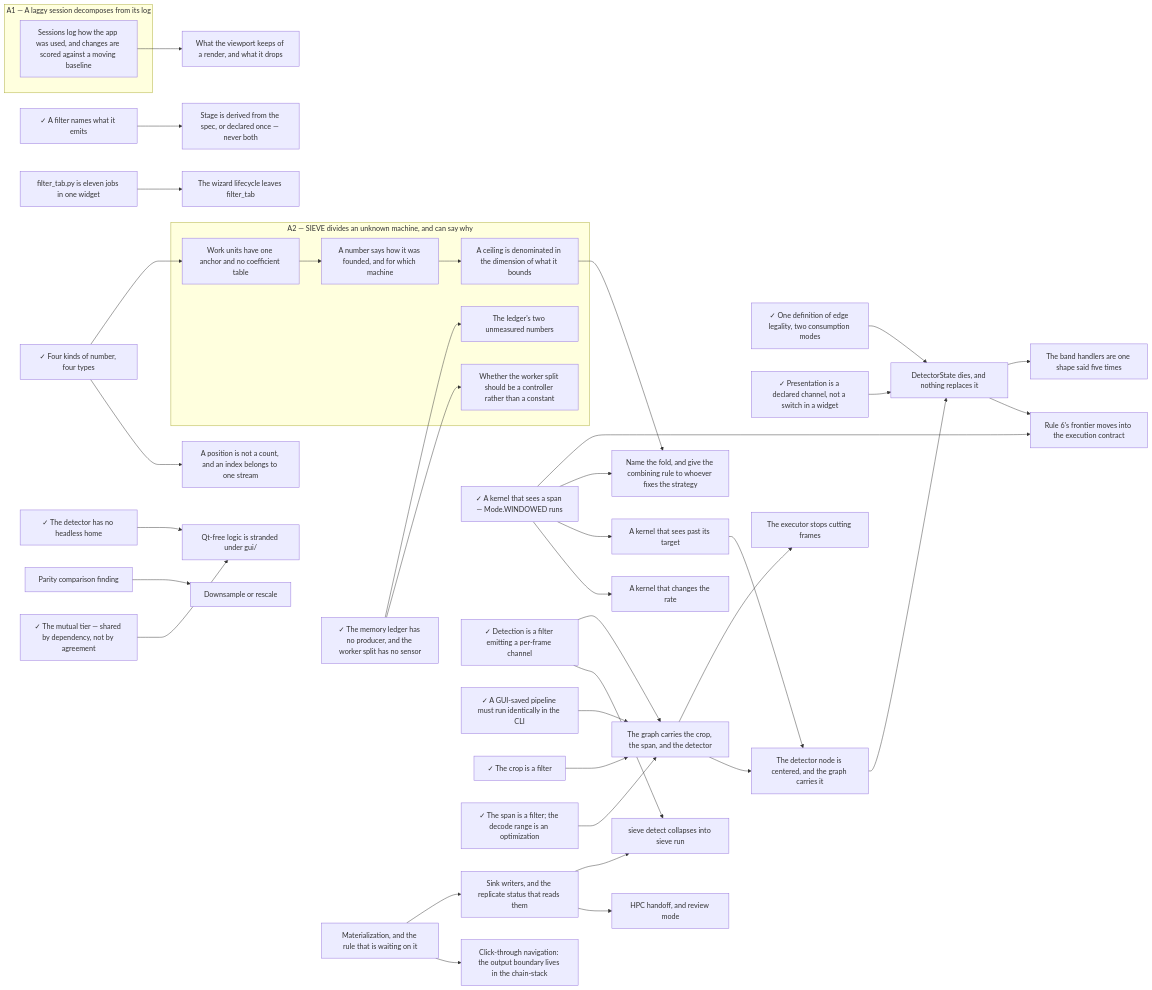
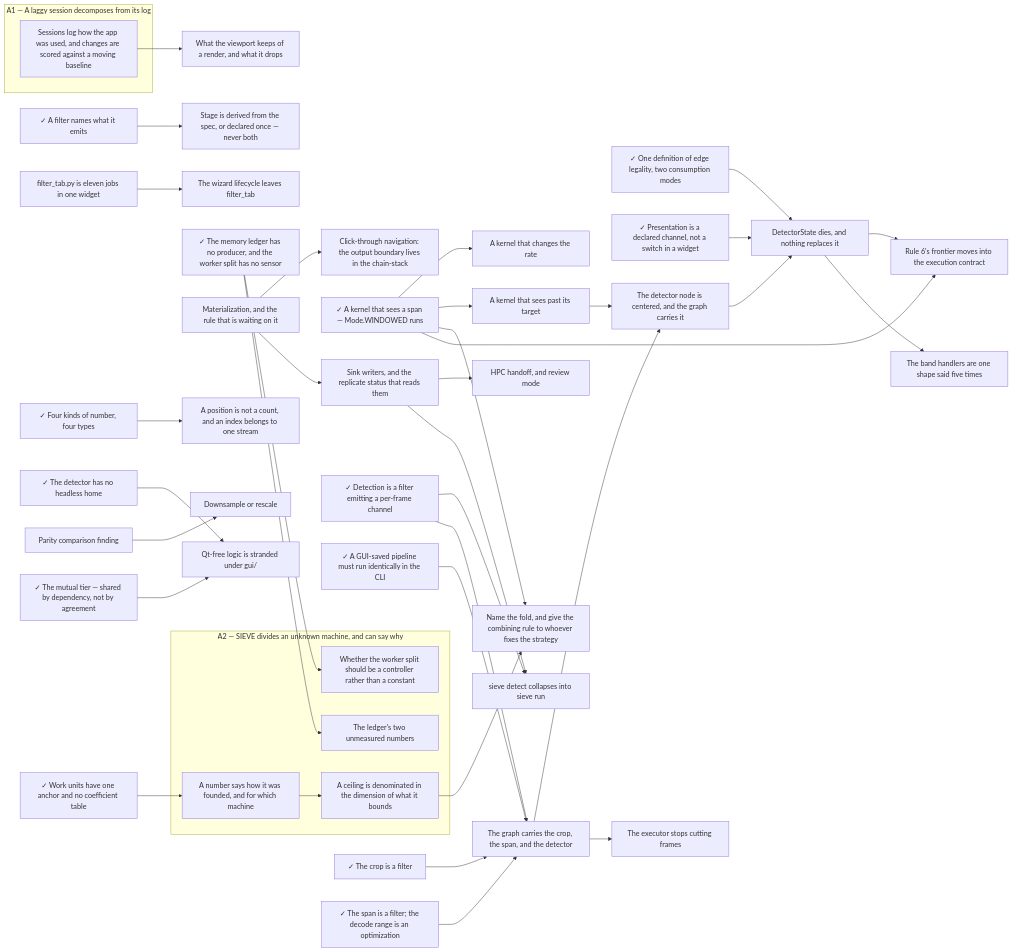
The diagram in docs/.state.md (soulsynapse/antscihub-SIEVE), drawn with Mermaid before and after one commit. The commit also changed other lines of this file and 41 other files, not shown here.

Commit message:
refactor(work-units-have-one-anchor): anchor filter costs as work

````diff
--- a/docs/.state.md
+++ b/docs/.state.md
@@ -117,81 +114,80 @@
 ```mermaid
 graph LR
   subgraph A1["A1 — A laggy session decomposes from its log"]
       slow_path_surfacing["Sessions log how the app was used, and changes are scored against a moving baseline"]
   end
   subgraph A2["A2 — SIEVE divides an unknown machine, and can say why"]
       a_number_says_how_it_was_founded["A number says how it was founded, and for which machine"]
       adaptive_worker_allocation["Whether the worker split should be a controller rather than a constant"]
       ceilings_in_the_dimension_they_bound["A ceiling is denominated in the dimension of what it bounds"]
       ledger_measurements["The ledger's two unmeasured numbers"]
-      work_units_have_one_anchor["Work units have one anchor and no coefficient table"]
   end
     a_filter_names_what_it_emits["✓ A filter names what it emits"]
     a_kernel_that_changes_the_rate["A kernel that changes the rate"]
     a_kernel_that_sees_a_span["✓ A kernel that sees a span — Mode.WINDOWED runs"]
     a_kernel_that_sees_past_its_target["A kernel that sees past its target"]
     a_position_is_not_a_count["A position is not a count, and an index belongs to one stream"]
     click_through_navigation["Click-through navigation: the output boundary lives in the chain-stack"]
     detection_is_a_filter["✓ Detection is a filter emitting a per-frame channel"]
     detector_state_dies["DetectorState dies, and nothing replaces it"]
     downsample_or_rescale["Downsample or rescale"]
     filter_tab_is_eleven_jobs["filter_tab.py is eleven jobs in one widget"]
     four_numbers_four_types["✓ Four kinds of number, four types"]
     gui_cli_execution_parity["✓ A GUI-saved pipeline must run identically in the CLI"]
     headless_detection["✓ The detector has no headless home"]
     hpc_handoff_and_review_mode["HPC handoff, and review mode"]
     ledger_producers["✓ The memory ledger has no producer, and the worker split has no sensor"]
     materialization["Materialization, and the rule that is waiting on it"]
     name_the_fold["Name the fold, and give the combining rule to whoever fixes the strategy"]
     one_definition_of_edge_legality["✓ One definition of edge legality, two consumption modes"]
     parity_comparison_finding["Parity comparison finding"]
     presentation_is_a_channel_not_a_switch["✓ Presentation is a declared channel, not a switch in a widget"]
     proxy_retention_policy["What the viewport keeps of a render, and what it drops"]
     qt_free_logic_under_gui["Qt-free logic is stranded under gui/"]
     rule_sixs_frontier_moves_into_the_contract["Rule 6's frontier moves into the execution contract"]
     sieve_detect_collapses_into_sieve_run["sieve detect collapses into sieve run"]
     sink_writers["Sink writers, and the replicate status that reads them"]
     stage_is_derived_or_declared_once["Stage is derived from the spec, or declared once — never both"]
     the_band_handlers_are_one_shape_said_five_times["The band handlers are one shape said five times"]
     the_crop_is_a_filter["✓ The crop is a filter"]
     the_detector_node_is_centered["The detector node is centered, and the graph carries it"]
     the_executor_stops_cutting_frames["The executor stops cutting frames"]
     the_graph_carries_the_crop_the_span_and_the_detector["The graph carries the crop, the span, and the detector"]
     the_mutual_tier["✓ The mutual tier — shared by dependency, not by agreement"]
     the_span_is_a_filter["✓ The span is a filter; the decode range is an optimization"]
     the_wizard_lifecycle_leaves_filter_tab["The wizard lifecycle leaves filter_tab"]
+    work_units_have_one_anchor["✓ Work units have one anchor and no coefficient table"]
     a_kernel_that_sees_a_span --> a_kernel_that_changes_the_rate
     a_kernel_that_sees_a_span --> a_kernel_that_sees_past_its_target
     work_units_have_one_anchor --> a_number_says_how_it_was_founded
     four_numbers_four_types --> a_position_is_not_a_count
     ledger_producers --> adaptive_worker_allocation
     a_number_says_how_it_was_founded --> ceilings_in_the_dimension_they_bound
     materialization --> click_through_navigation
     the_detector_node_is_centered --> detector_state_dies
     one_definition_of_edge_legality --> detector_state_dies
     presentation_is_a_channel_not_a_switch --> detector_state_dies
     parity_comparison_finding --> downsample_or_rescale
     sink_writers --> hpc_handoff_and_review_mode
     ledger_producers --> ledger_measurements
     ceilings_in_the_dimension_they_bound --> name_the_fold
     a_kernel_that_sees_a_span --> name_the_fold
     slow_path_surfacing --> proxy_retention_policy
     headless_detection --> qt_free_logic_under_gui
     the_mutual_tier --> qt_free_logic_under_gui
     a_kernel_that_sees_a_span --> rule_sixs_frontier_moves_into_the_contract
     detector_state_dies --> rule_sixs_frontier_moves_into_the_contract
     detection_is_a_filter --> sieve_detect_collapses_into_sieve_run
     sink_writers --> sieve_detect_collapses_into_sieve_run
     materialization --> sink_writers
     a_filter_names_what_it_emits --> stage_is_derived_or_declared_once
     detector_state_dies --> the_band_handlers_are_one_shape_said_five_times
     the_graph_carries_the_crop_the_span_and_the_detector --> the_detector_node_is_centered
     a_kernel_that_sees_past_its_target --> the_detector_node_is_centered
     the_graph_carries_the_crop_the_span_and_the_detector --> the_executor_stops_cutting_frames
     the_crop_is_a_filter --> the_graph_carries_the_crop_the_span_and_the_detector
     the_span_is_a_filter --> the_graph_carries_the_crop_the_span_and_the_detector
     detection_is_a_filter --> the_graph_carries_the_crop_the_span_and_the_detector
     gui_cli_execution_parity --> the_graph_carries_the_crop_the_span_and_the_detector
     filter_tab_is_eleven_jobs --> the_wizard_lifecycle_leaves_filter_tab
-    four_numbers_four_types --> work_units_have_one_anchor
 ```
````
